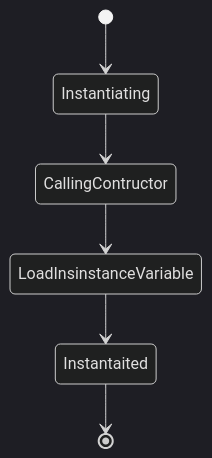
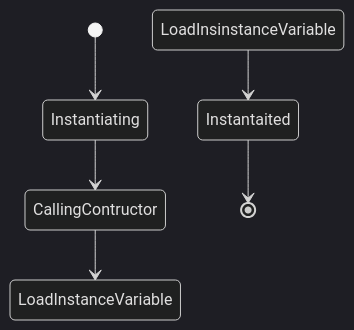
The diagram in ObjectInstantation.md (chanduujjina/JSE_Practice_2025_B1), drawn with Mermaid (dark theme) before and after one commit.

````diff
--- a/ObjectInstantation.md
+++ b/ObjectInstantation.md
@@ -16,8 +16,8 @@
 ```mermaid
 stateDiagram-v2
     [*] --> Instantiating
     Instantiating --> CallingContructor
-    CallingContructor --> LoadInsinstanceVariable
+    CallingContructor --> LoadInstanceVariable
     LoadInsinstanceVariable --> Instantaited
     Instantaited --> [*]
 ```
````
